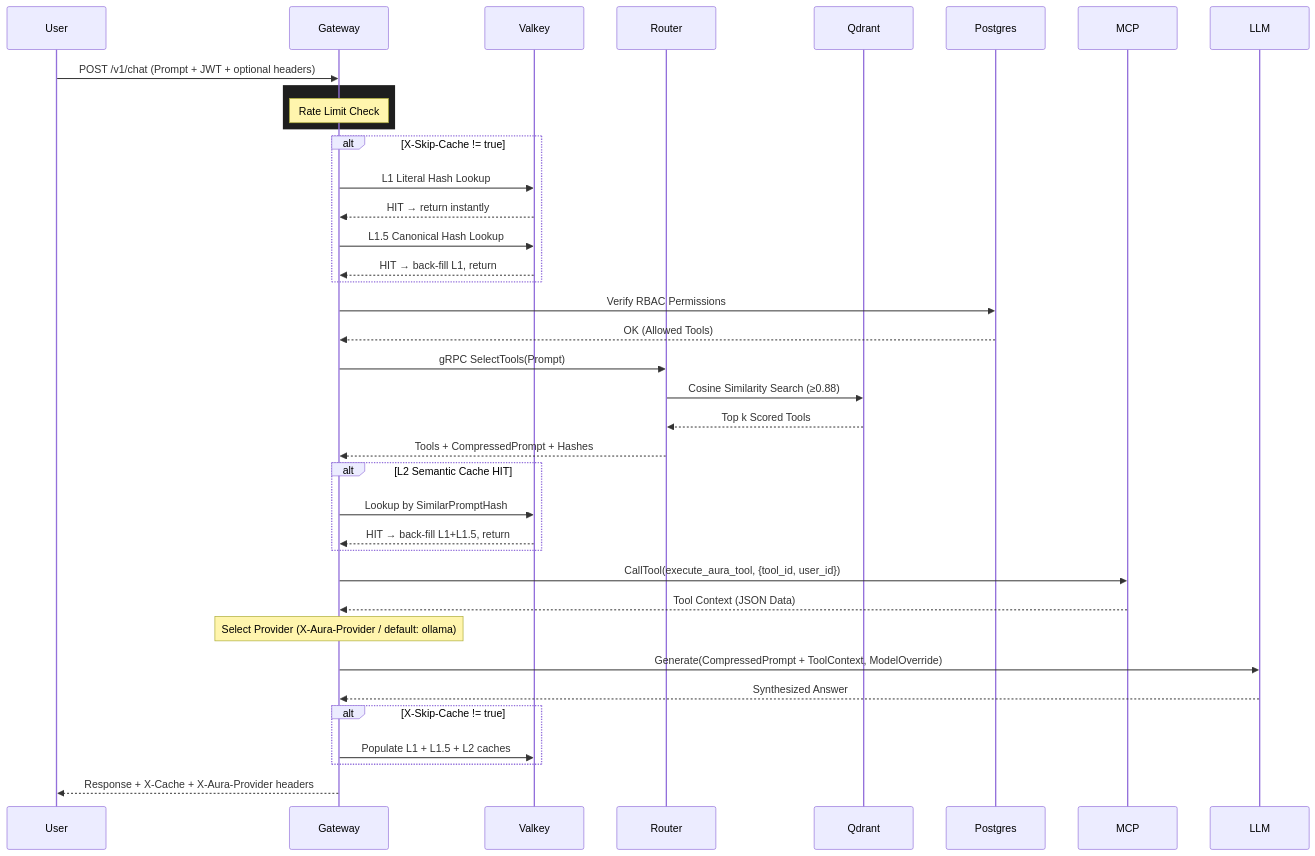
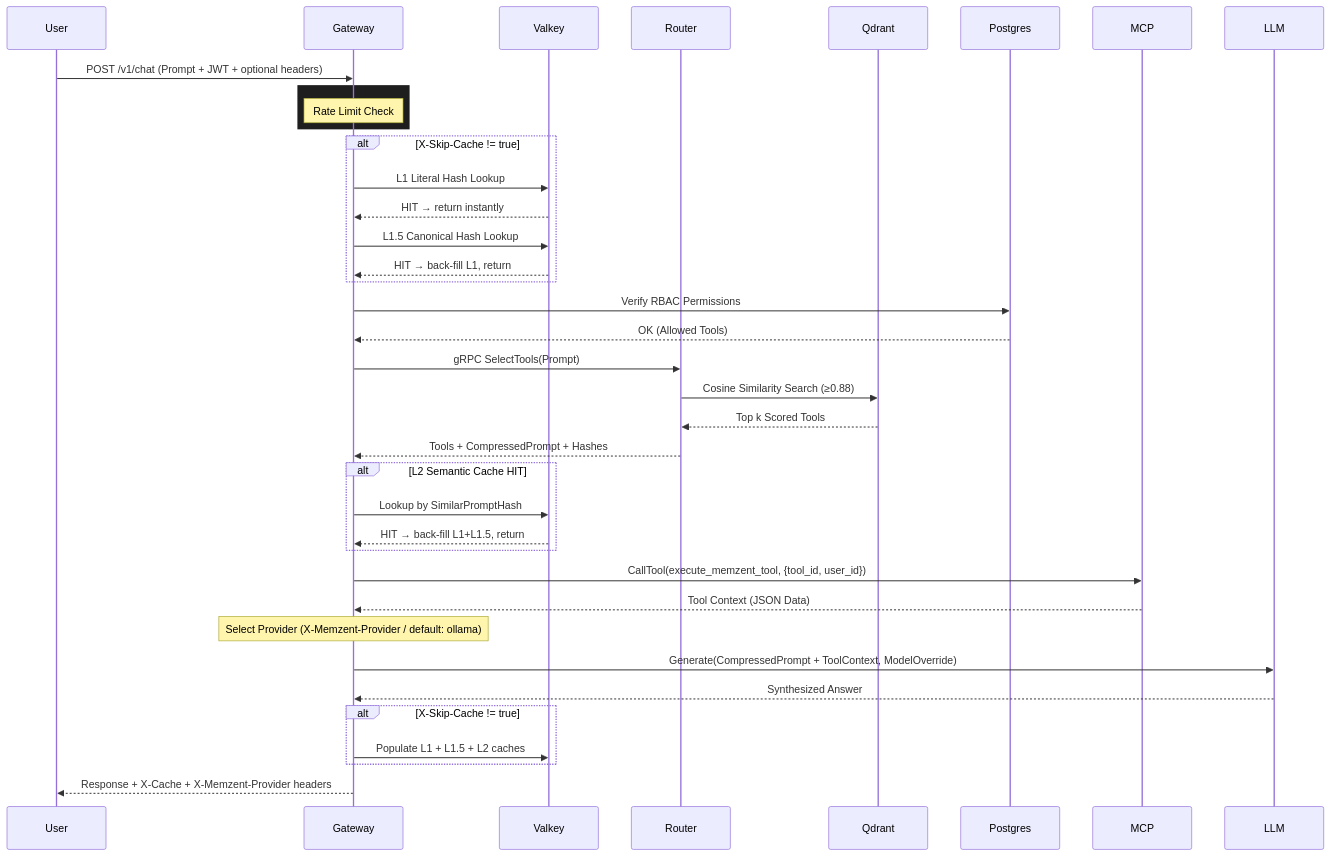
One commit to Opsylux/Memzent.AI changed the diagram in ARCHITECTURE.md. Above: the diagram before and after it, drawn with Mermaid. The commit also changed other lines of this file and 100 other files, not shown here.

````diff
--- a/ARCHITECTURE.md
+++ b/ARCHITECTURE.md
@@ -89,51 +89,51 @@
 ```mermaid
 sequenceDiagram
     participant User
     participant Gateway
     participant Valkey
     participant Router
     participant Qdrant
     participant Postgres
     participant MCP
     participant LLM
 
     User->>Gateway: POST /v1/chat (Prompt + JWT + optional headers)
 
     rect rgb(30, 30, 30)
     Note over Gateway: Rate Limit Check
     end
 
     alt X-Skip-Cache != true
         Gateway->>Valkey: L1 Literal Hash Lookup
         Valkey-->>Gateway: HIT → return instantly
 
         Gateway->>Valkey: L1.5 Canonical Hash Lookup
         Valkey-->>Gateway: HIT → back-fill L1, return
     end
 
     Gateway->>Postgres: Verify RBAC Permissions
     Postgres-->>Gateway: OK (Allowed Tools)
 
     Gateway->>Router: gRPC SelectTools(Prompt)
     Router->>Qdrant: Cosine Similarity Search (≥0.88)
     Qdrant-->>Router: Top k Scored Tools
     Router-->>Gateway: Tools + CompressedPrompt + Hashes
 
     alt L2 Semantic Cache HIT
         Gateway->>Valkey: Lookup by SimilarPromptHash
         Valkey-->>Gateway: HIT → back-fill L1+L1.5, return
     end
 
-    Gateway->>MCP: CallTool(execute_aura_tool, {tool_id, user_id})
+    Gateway->>MCP: CallTool(execute_memzent_tool, {tool_id, user_id})
     MCP-->>Gateway: Tool Context (JSON Data)
 
-    Note over Gateway: Select Provider (X-Aura-Provider / default: ollama)
+    Note over Gateway: Select Provider (X-Memzent-Provider / default: ollama)
     Gateway->>LLM: Generate(CompressedPrompt + ToolContext, ModelOverride)
     LLM-->>Gateway: Synthesized Answer
 
     alt X-Skip-Cache != true
         Gateway->>Valkey: Populate L1 + L1.5 + L2 caches
     end
 
-    Gateway-->>User: Response + X-Cache + X-Aura-Provider headers
+    Gateway-->>User: Response + X-Cache + X-Memzent-Provider headers
 ```
````
